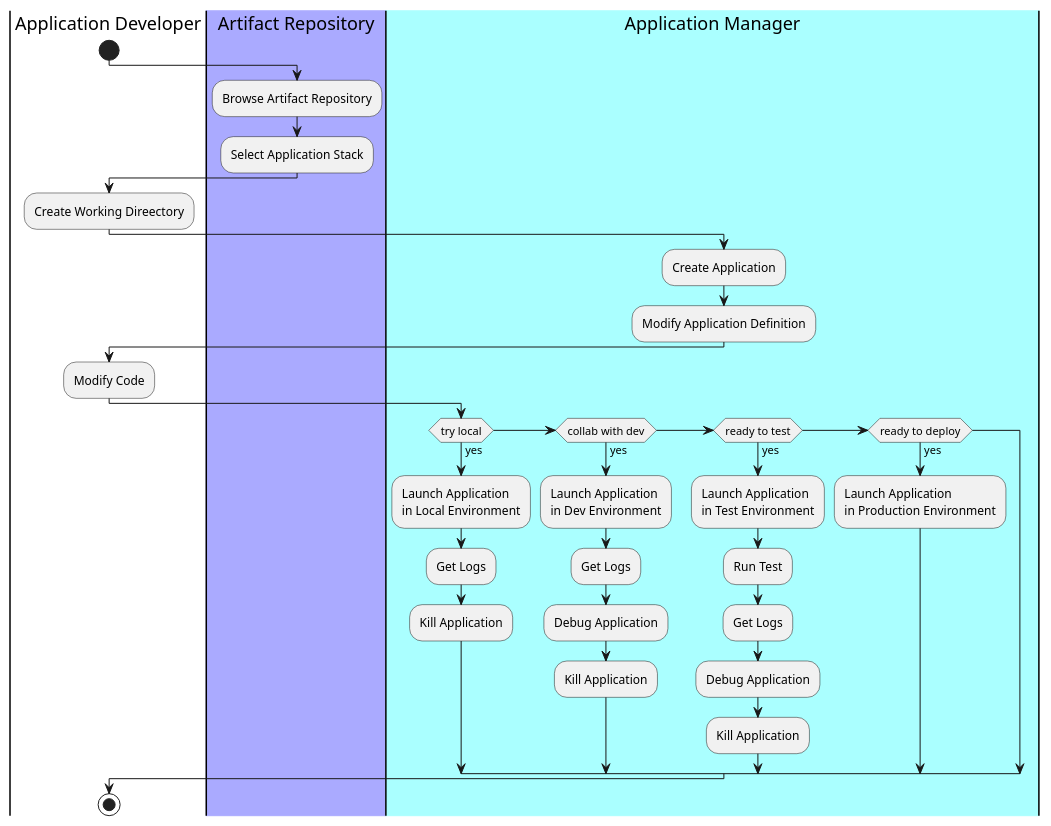
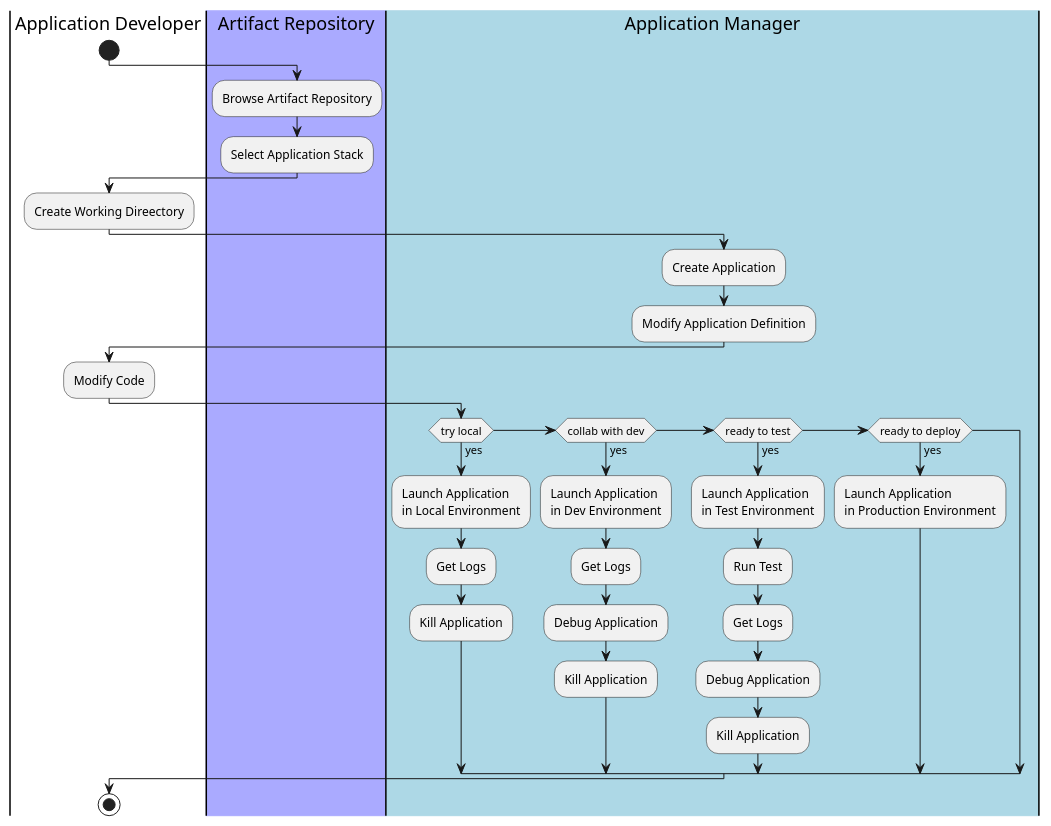
Before and after one commit to CAADE/C3: the diagram in docs/Actors/Application-Developer/Workflow.puml, drawn with PlantUML. The commit also changed 23 other files, not shown here.

Commit message:
Updates to High level architecture

```diff
--- a/docs/Actors/Application-Developer/Workflow.puml
+++ b/docs/Actors/Application-Developer/Workflow.puml
@@ -1,35 +1,35 @@
 @startuml
 |Application Developer|
 start
 |#aaaaff|Artifact Repository|
 :Browse Artifact Repository;
 :Select Application Stack;
 |Application Developer|
 :Create Working Direectory;
-|#aaffff|Application Manager|
+|#lightblue|Application Manager|
 :Create Application;
 :Modify Application Definition;
 |Application Developer|
 :Modify Code;
 |Application Manager|
 if(try local) then (yes)
 :Launch Application\nin Local Environment;
 :Get Logs;
 :Kill Application;
 elseif(collab with dev) then (yes)
 :Launch Application\nin Dev Environment;
 :Get Logs;
 :Debug Application;
 :Kill Application;
 elseif(ready to test) then (yes)
 :Launch Application\nin Test Environment;
 :Run Test;
 :Get Logs;
 :Debug Application;
 :Kill Application;
 elseif(ready to deploy) then (yes)
 :Launch Application\nin Production Environment;
 |Application Developer|
 endif
 stop
 @enduml
```
